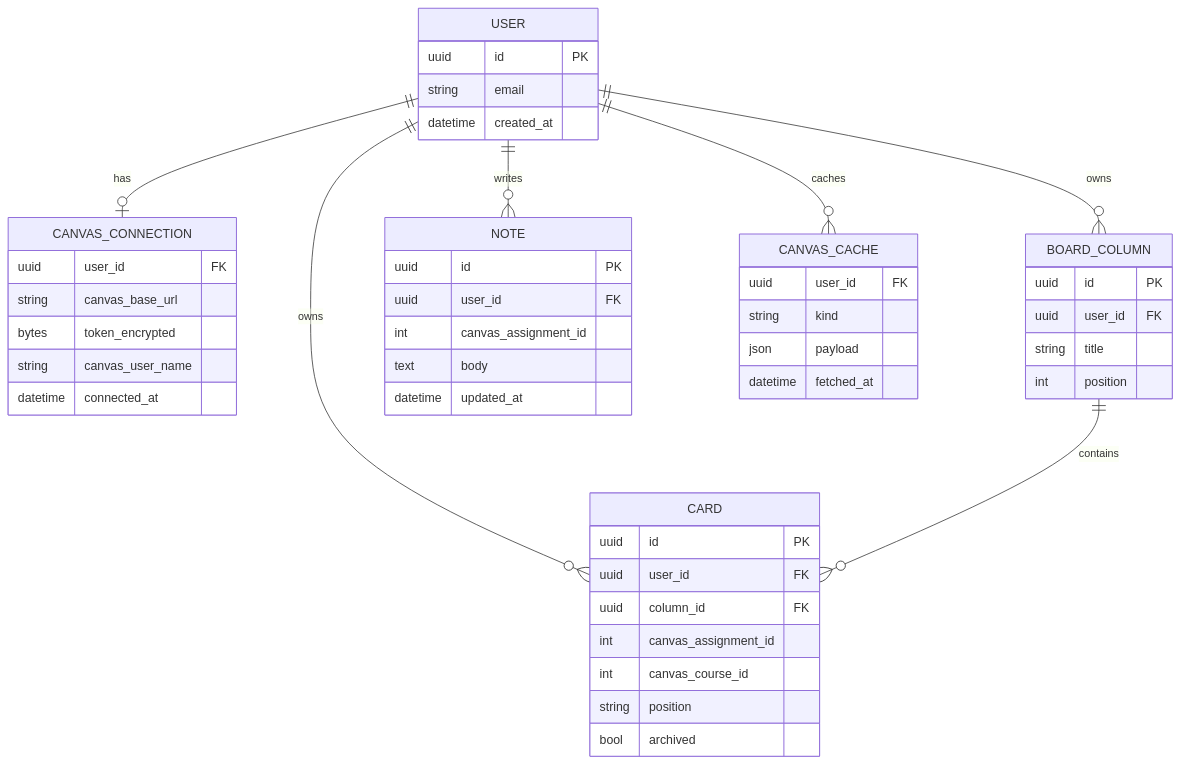
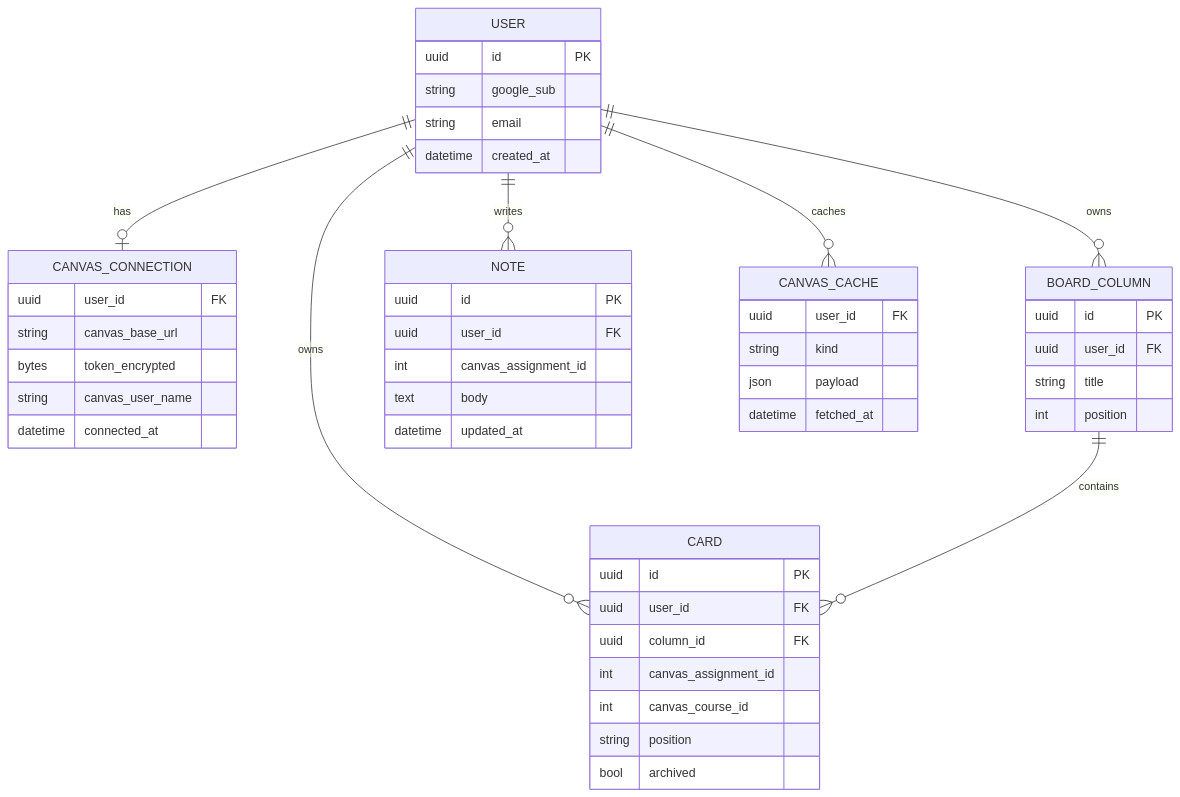
The second of 5 diagrams in docs/canvas-portal/03-design.md (bbranton/TestProj), drawn with Mermaid before and after one commit. The commit also changed other lines of this file and 1 other file, not shown here.

First line of the commit message:
Record Sign in with Google as the MVP portal sign-in (D-7)

````diff
--- a/docs/canvas-portal/03-design.md
+++ b/docs/canvas-portal/03-design.md
@@ -62,50 +62,51 @@
 ```mermaid
 erDiagram
     USER ||--o| CANVAS_CONNECTION : has
     USER ||--o{ BOARD_COLUMN : owns
     USER ||--o{ CARD : owns
     USER ||--o{ NOTE : writes
     BOARD_COLUMN ||--o{ CARD : contains
     USER ||--o{ CANVAS_CACHE : caches
 
     USER {
         uuid id PK
+        string google_sub
         string email
         datetime created_at
     }
     CANVAS_CONNECTION {
         uuid user_id FK
         string canvas_base_url
         bytes token_encrypted
         string canvas_user_name
         datetime connected_at
     }
     BOARD_COLUMN {
         uuid id PK
         uuid user_id FK
         string title
         int position
     }
     CARD {
         uuid id PK
         uuid user_id FK
         uuid column_id FK
         int canvas_assignment_id
         int canvas_course_id
         string position
         bool archived
     }
     NOTE {
         uuid id PK
         uuid user_id FK
         int canvas_assignment_id
         text body
         datetime updated_at
     }
     CANVAS_CACHE {
         uuid user_id FK
         string kind
         json payload
         datetime fetched_at
     }
 ```
````
